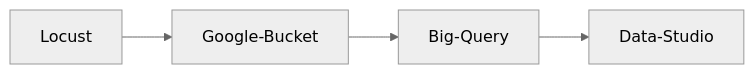
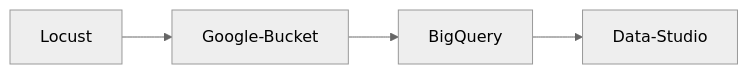
One commit to tubenhirn/tubenhirn.com changed the diagram in content/projects/load-testing-with-locust/index.md. Above: the diagram before and after it, drawn with Mermaid (neutral theme). The commit also changed other lines of this file, not shown here.

```diff
--- a/content/projects/load-testing-with-locust/index.md
+++ b/content/projects/load-testing-with-locust/index.md
@@ -30,6 +30,6 @@
 {{< mermaid >}}
 graph LR;
 A[Locust]-->B[Google-Bucket];
-B-->C[Big-Query]
+B-->C[BigQuery]
 C-->D[Data-Studio]
 {{< /mermaid >}}
```
